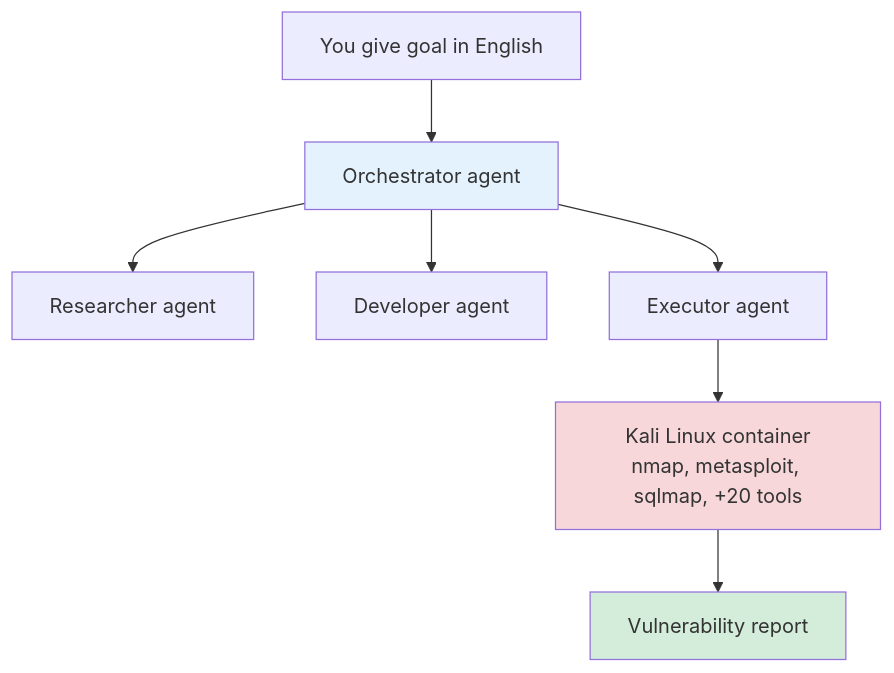
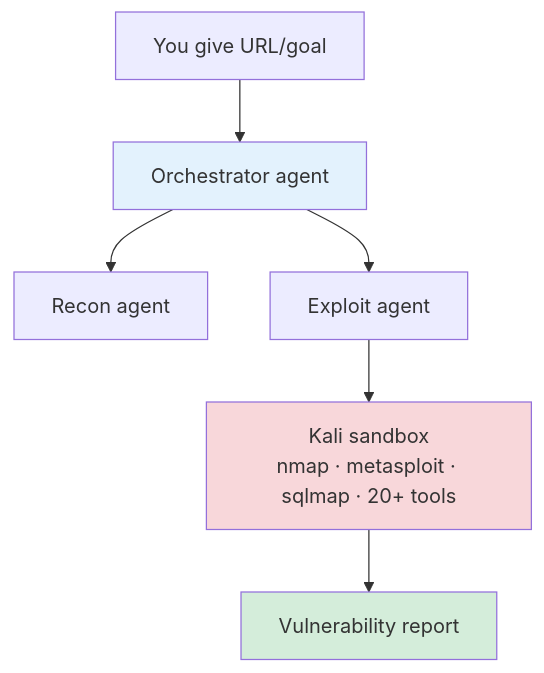
One commit to DevOpsMadDog/trustgraph-security changed diagram 14 of 20 in PRIMER.md. Above: the diagram before and after it, drawn with Mermaid. The commit also changed other lines of this file and 3 other files, not shown here.

````diff
--- a/PRIMER.md
+++ b/PRIMER.md
@@ -264,12 +266,11 @@
 ```mermaid
 flowchart TB
-    A[You give goal in English] --> O[Orchestrator agent]
-    O --> R[Researcher agent]
-    O --> D[Developer agent]
-    O --> E[Executor agent]
-    E --> K[Kali Linux container<br/>nmap, metasploit, sqlmap, +20 tools]
+    A[You give URL/goal] --> O[Orchestrator agent]
+    O --> R[Recon agent]
+    O --> E[Exploit agent]
+    E --> K[Kali sandbox<br/>nmap · metasploit · sqlmap · 20+ tools]
     K --> Rep[Vulnerability report]
     style O fill:#e3f2fd
     style K fill:#f8d7da
     style Rep fill:#d4edda
 ```
````
